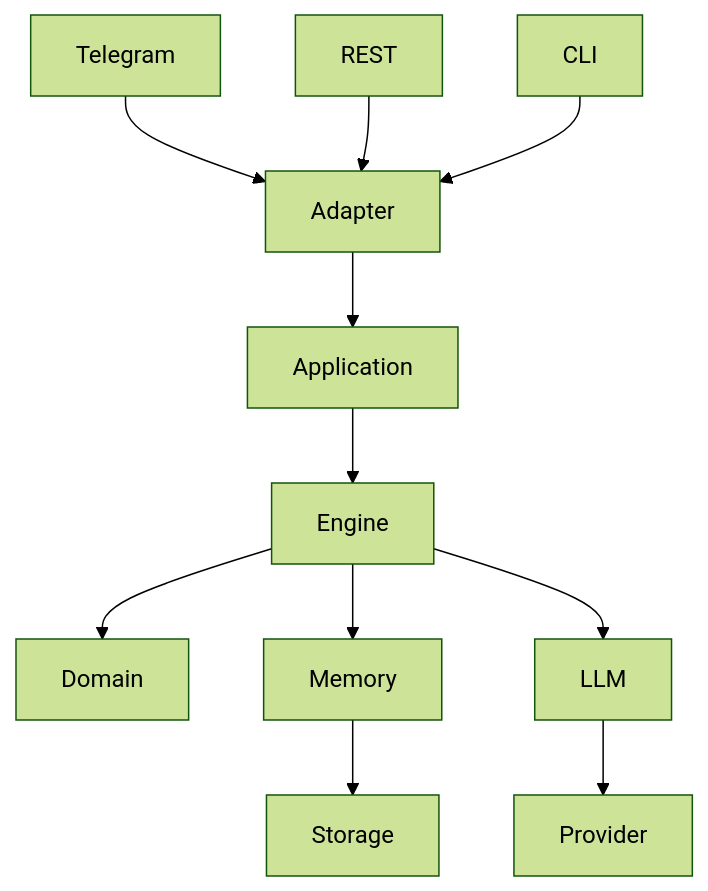
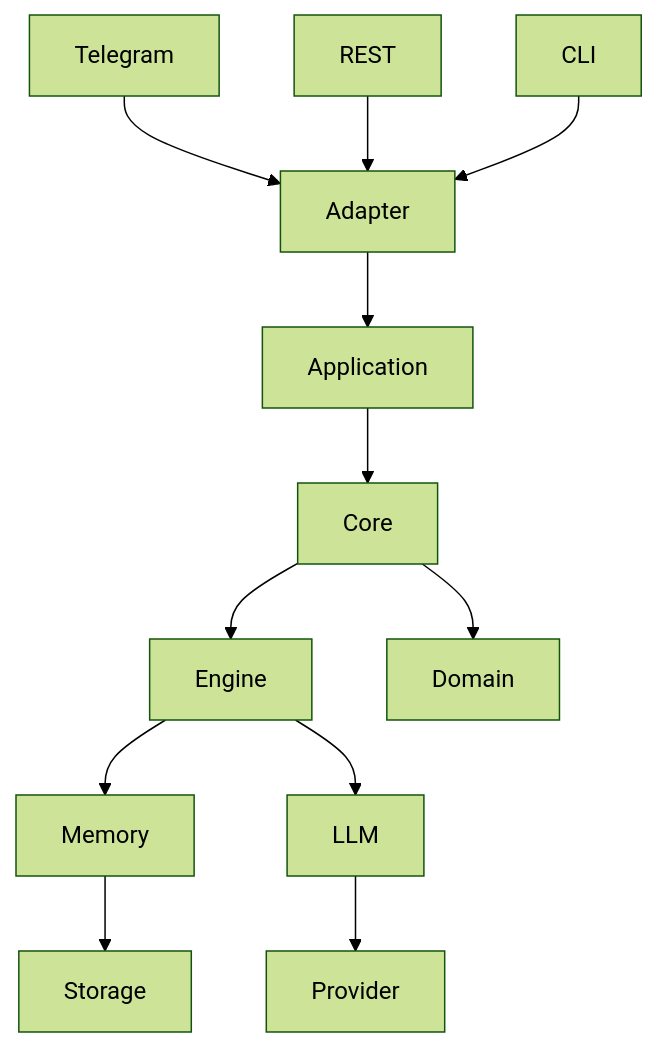
Before and after one commit to PabloDonkey/rp-engine: the first of 2 diagrams in docs/ARCHITECTURE.md, drawn with Mermaid (forest theme). The commit also changed other lines of this file and 22 other files, not shown here.

````diff
--- a/docs/ARCHITECTURE.md
+++ b/docs/ARCHITECTURE.md
@@ -33,17 +33,19 @@
 ```mermaid
 flowchart TD
 
 Telegram --> Adapter
 REST --> Adapter
 CLI --> Adapter
 
 Adapter --> Application
-Application --> Engine
-Engine --> Domain
+Application --> Core
+
+Core --> Engine
+Core --> Domain
 
 Engine --> Memory
 Engine --> LLM
 
 Memory --> Storage
 LLM --> Provider
 ```
````
